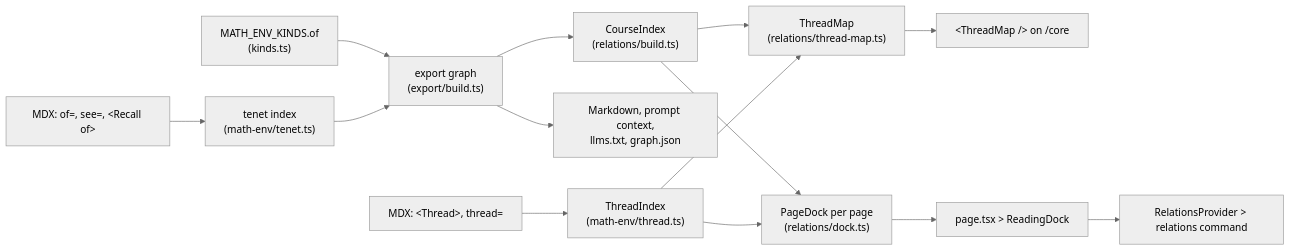
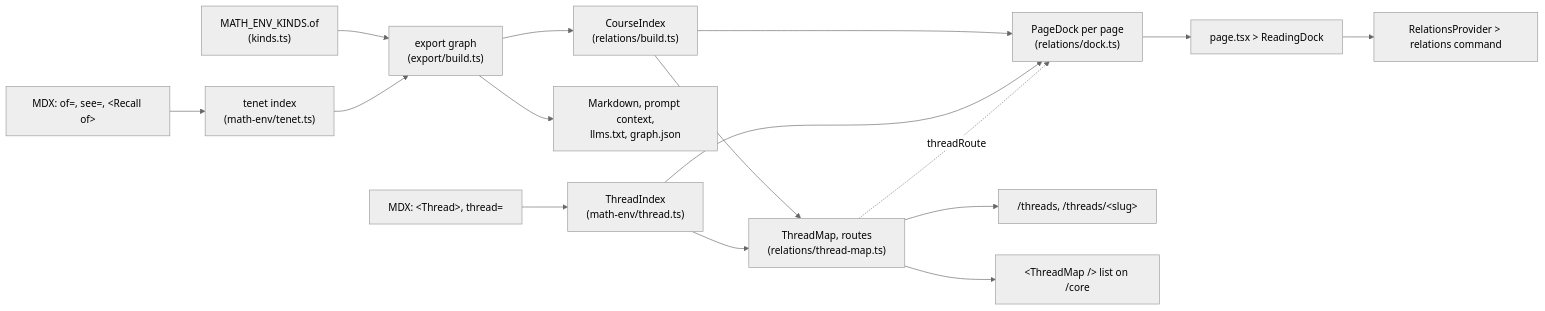
The first of 2 diagrams in RELATIONS.md (kevinnhou/MATH1251), drawn with Mermaid (neutral theme) before and after one commit. The commit also changed other lines of this file and 21 other files, not shown here.

````diff
--- a/RELATIONS.md
+++ b/RELATIONS.md
@@ -63,13 +72,15 @@
 ```mermaid
 flowchart LR
     mdx["MDX: of=, see=, &lt;Recall of&gt;"] --> tenets["tenet index<br/>(math-env/tenet.ts)"]
     tmdx["MDX: &lt;Thread&gt;, thread="] --> threads["ThreadIndex<br/>(math-env/thread.ts)"]
     kinds["MATH_ENV_KINDS.of<br/>(kinds.ts)"] --> export
     tenets --> export["export graph<br/>(export/build.ts)"]
     export --> exports["Markdown, prompt context,<br/>llms.txt, graph.json"]
     export --> index["CourseIndex<br/>(relations/build.ts)"] --> dock["PageDock per page<br/>(relations/dock.ts)"]
-    index --> threadmap["ThreadMap<br/>(relations/thread-map.ts)"] --> core["&lt;ThreadMap /&gt; on /core"]
+    index --> threadmap["ThreadMap, routes<br/>(relations/thread-map.ts)"] --> threadspage["/threads, /threads/&lt;slug&gt;"]
+    threadmap --> core["&lt;ThreadMap /&gt; list on /core"]
     threads --> dock
     threads --> threadmap
+    threadmap -. threadRoute .-> dock
     dock --> page["page.tsx > ReadingDock"] --> terminal["RelationsProvider > relations command"]
 ```
````
